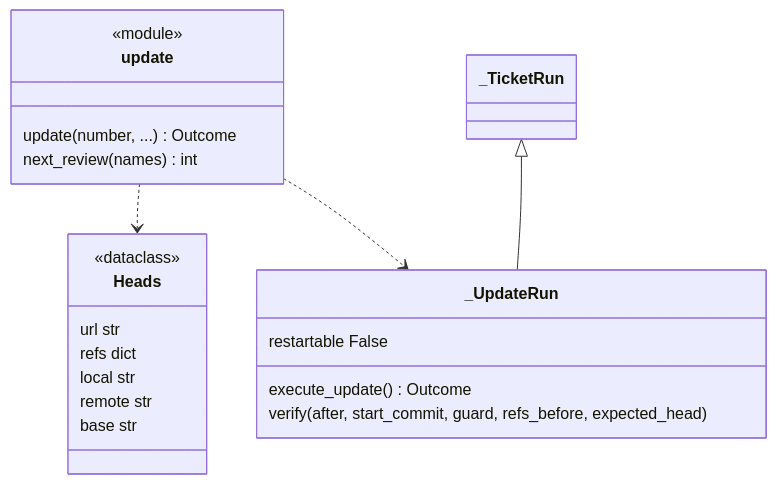
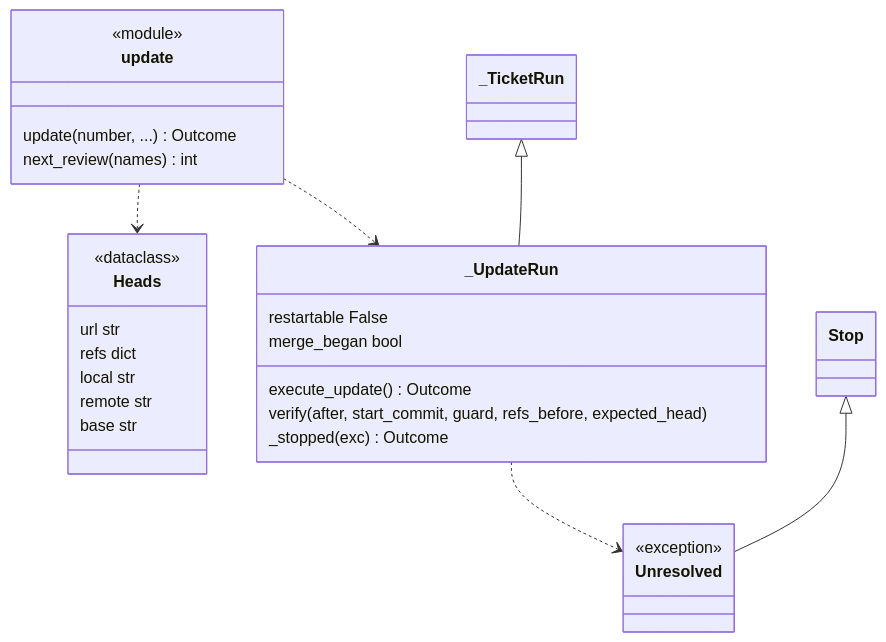
The second of 3 diagrams in docs/architecture/modules/update.md (plaplanche/ariane), drawn with Mermaid before and after one commit. The commit also changed other lines of this file and 4 other files, not shown here.

````diff
--- a/docs/architecture/modules/update.md
+++ b/docs/architecture/modules/update.md
@@ -47,24 +50,31 @@
 ```mermaid
 classDiagram
 class Heads {
   <<dataclass>>
   url str
   refs dict
   local str
   remote str
   base str
 }
+class Unresolved {
+  <<exception>>
+}
 class _UpdateRun {
   restartable False
+  merge_began bool
   execute_update() Outcome
   verify(after, start_commit, guard, refs_before, expected_head)
+  _stopped(exc) Outcome
 }
 class update {
   <<module>>
   update(number, ...) Outcome
   next_review(names) int
 }
 _TicketRun <|-- _UpdateRun
+Stop <|-- Unresolved
+_UpdateRun ..> Unresolved
 update ..> Heads
 update ..> _UpdateRun
 ```
````
